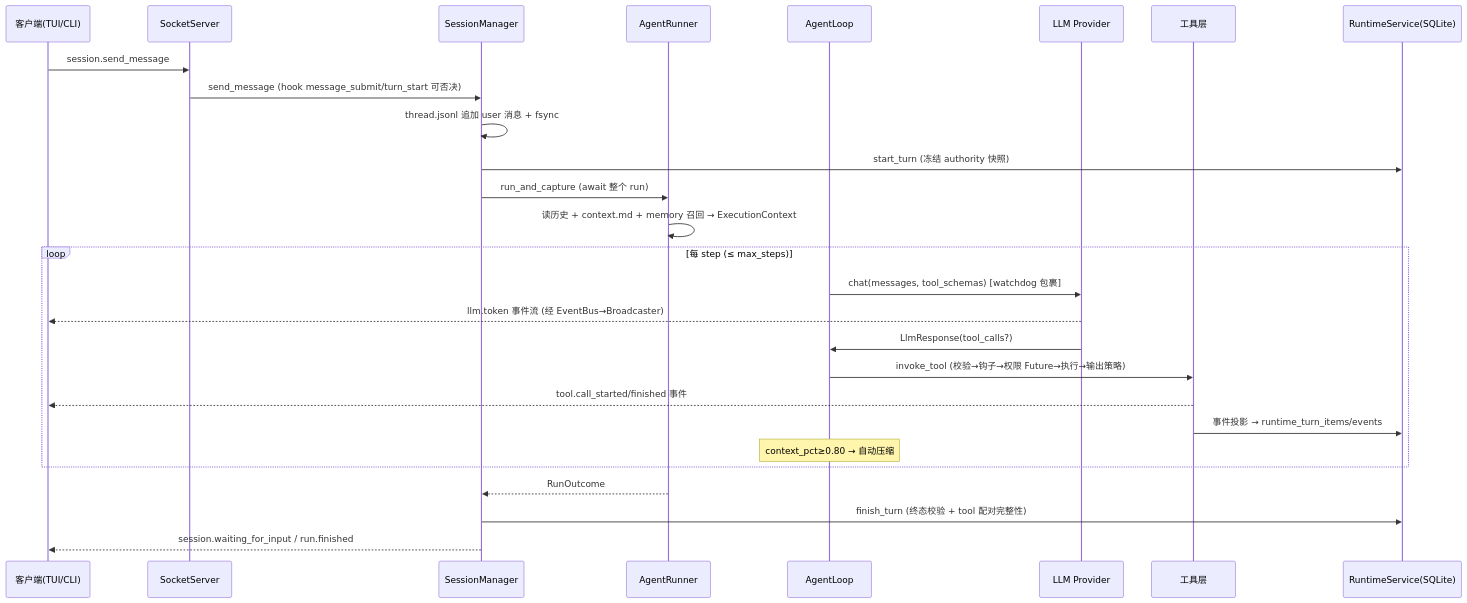
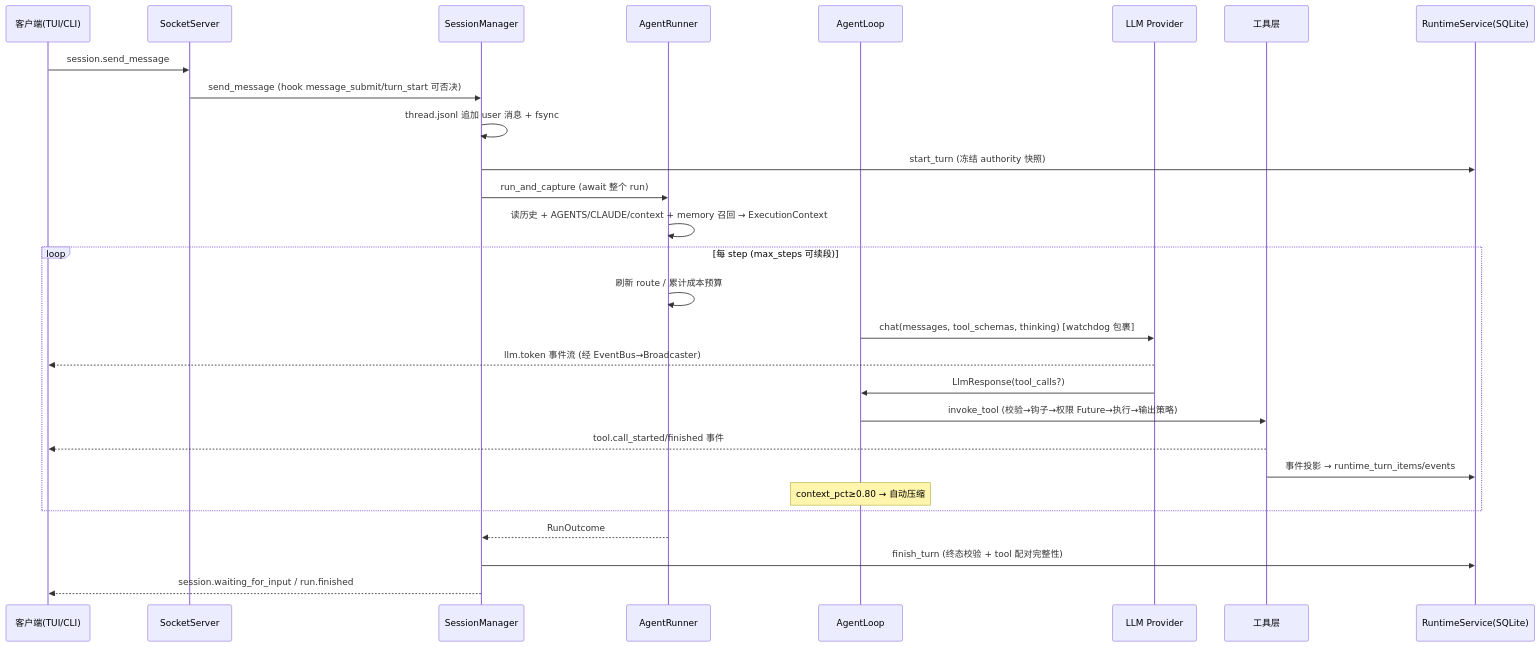
The second of 2 diagrams in docs/FUNCTIONAL_ARCHITECTURE.md (kyletser/coderook), drawn with Mermaid before and after one commit. The commit also changed other lines of this file and 285 other files, not shown here.

````diff
--- a/docs/FUNCTIONAL_ARCHITECTURE.md
+++ b/docs/FUNCTIONAL_ARCHITECTURE.md
@@ -771,30 +789,31 @@
 ```mermaid
 sequenceDiagram
     participant C as 客户端(TUI/CLI)
     participant S as SocketServer
     participant SM as SessionManager
     participant R as AgentRunner
     participant L as AgentLoop
     participant P as LLM Provider
     participant T as 工具层
     participant RT as RuntimeService(SQLite)
 
     C->>S: session.send_message
     S->>SM: send_message (hook message_submit/turn_start 可否决)
     SM->>SM: thread.jsonl 追加 user 消息 + fsync
     SM->>RT: start_turn (冻结 authority 快照)
     SM->>R: run_and_capture (await 整个 run)
-    R->>R: 读历史 + context.md + memory 召回 → ExecutionContext
-    loop 每 step (≤ max_steps)
-        L->>P: chat(messages, tool_schemas) [watchdog 包裹]
+    R->>R: 读历史 + AGENTS/CLAUDE/context + memory 召回 → ExecutionContext
+    loop 每 step (max_steps 可续段)
+        R->>R: 刷新 route / 累计成本预算
+        L->>P: chat(messages, tool_schemas, thinking) [watchdog 包裹]
         P-->>C: llm.token 事件流 (经 EventBus→Broadcaster)
         P->>L: LlmResponse(tool_calls?)
         L->>T: invoke_tool (校验→钩子→权限 Future→执行→输出策略)
         T-->>C: tool.call_started/finished 事件
         T->>RT: 事件投影 → runtime_turn_items/events
         Note over L: context_pct≥0.80 → 自动压缩
     end
     R-->>SM: RunOutcome
     SM->>RT: finish_turn (终态校验 + tool 配对完整性)
     SM-->>C: session.waiting_for_input / run.finished
 ```
````
